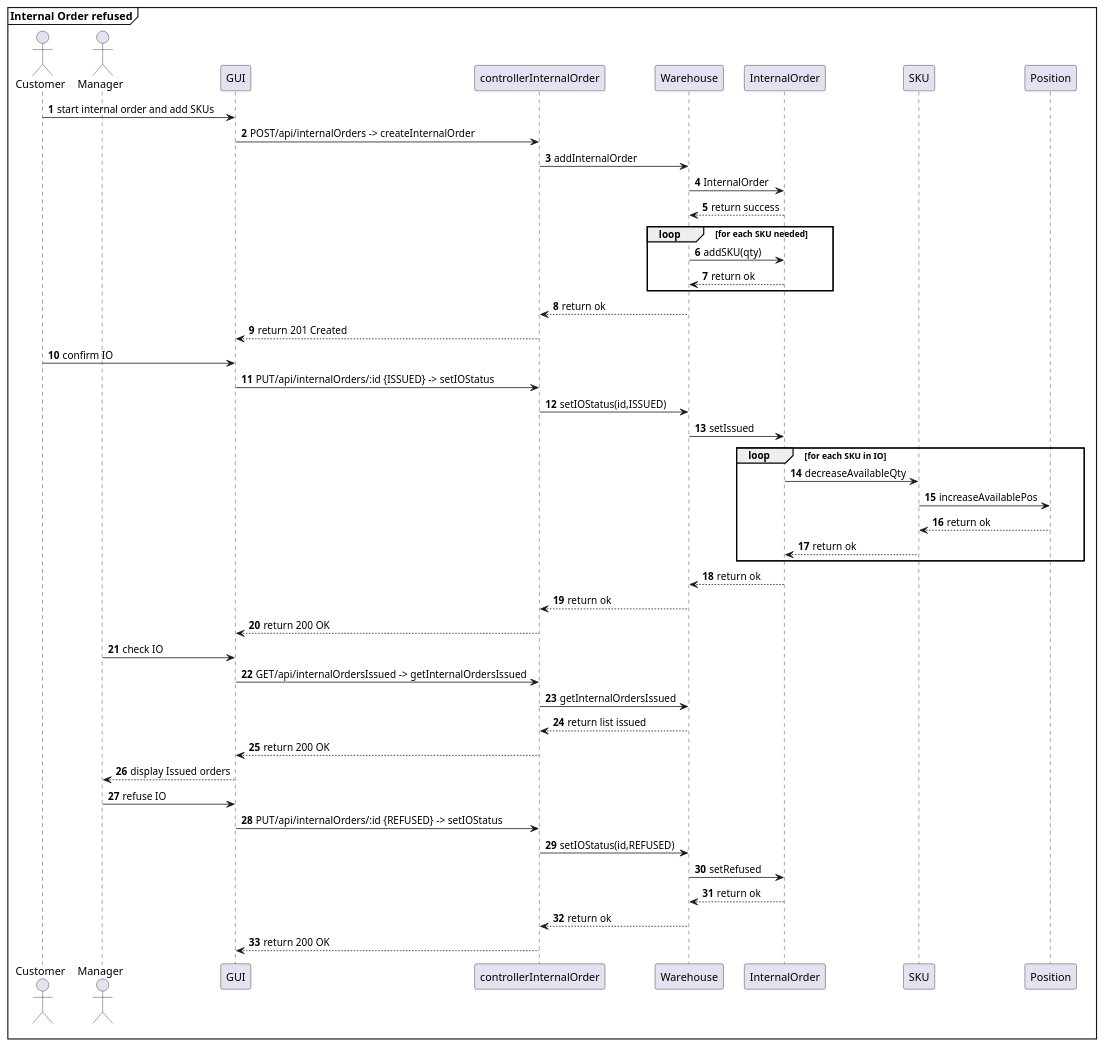
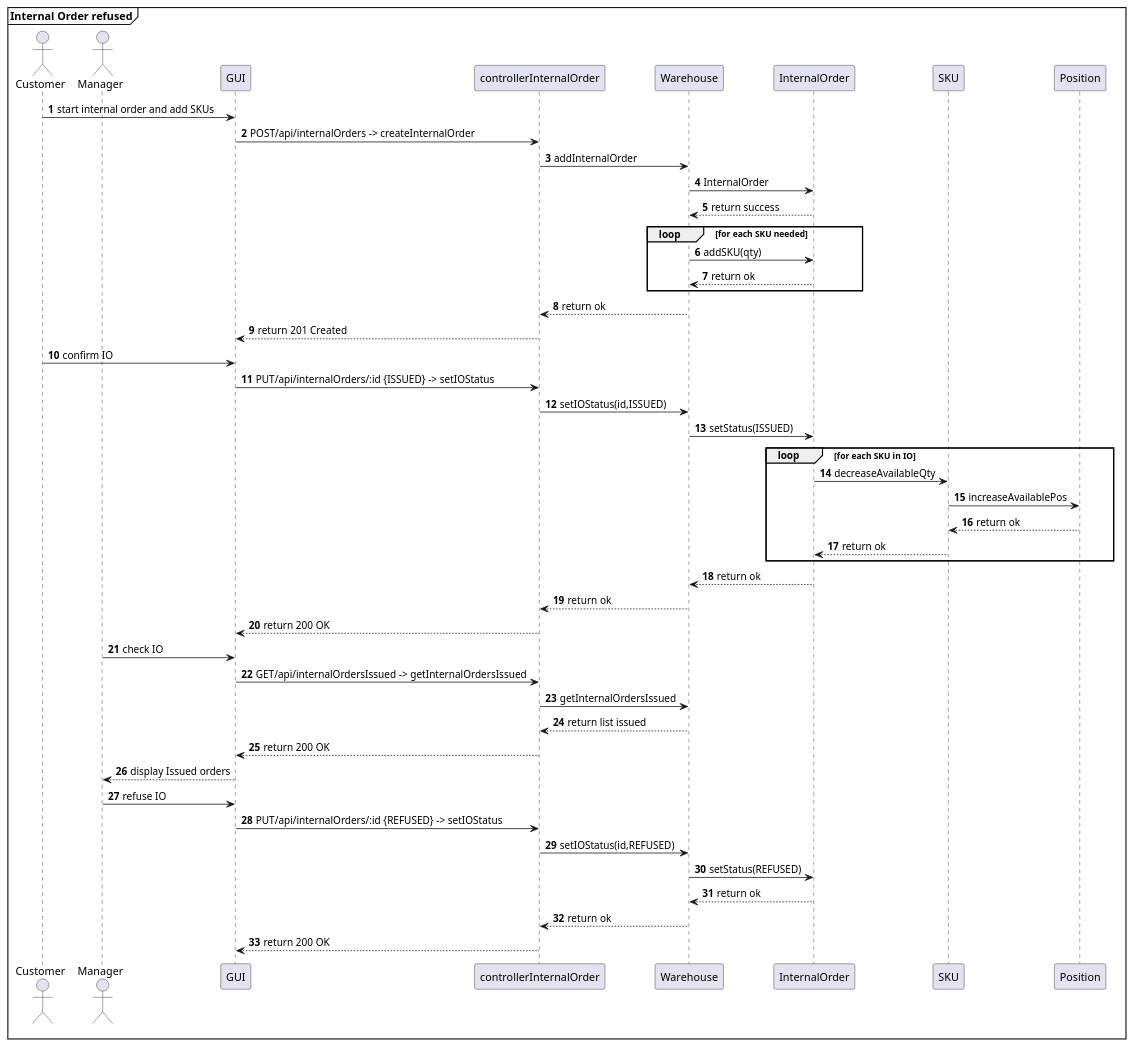
One commit to AlexZampa/EzWh changed diagram 23 of 30 in DesignDocument.md. Above: the diagram before and after it, drawn with PlantUML. The commit also changed other lines of this file, not shown here.

````diff
--- a/DesignDocument.md
+++ b/DesignDocument.md
@@ -1234,54 +1235,54 @@
 ```plantuml
 @startuml
 mainframe **Internal Order refused**
 actor Customer
 actor Manager
 participant GUI
 participant controllerInternalOrder
 participant Warehouse
 participant InternalOrder
 participant SKU
 
 autonumber
 Customer -> GUI : start internal order and add SKUs
 GUI -> controllerInternalOrder : POST/api/internalOrders -> createInternalOrder 
 controllerInternalOrder -> Warehouse : addInternalOrder
 Warehouse -> InternalOrder : InternalOrder
 Warehouse <-- InternalOrder : return success
 loop for each SKU needed
   Warehouse -> InternalOrder : addSKU(qty)
   Warehouse <-- InternalOrder : return ok
 end loop
 controllerInternalOrder <-- Warehouse : return ok
 GUI <-- controllerInternalOrder : return 201 Created
 
 Customer -> GUI : confirm IO
 GUI -> controllerInternalOrder : PUT/api/internalOrders/:id {ISSUED} -> setIOStatus
 controllerInternalOrder -> Warehouse : setIOStatus(id,ISSUED)
-Warehouse -> InternalOrder : setIssued
+Warehouse -> InternalOrder : setStatus(ISSUED)
 loop for each SKU in IO
   InternalOrder -> SKU : decreaseAvailableQty
   SKU -> Position : increaseAvailablePos
   SKU <-- Position : return ok
   InternalOrder <-- SKU : return ok
 end loop
 Warehouse <-- InternalOrder : return ok
 controllerInternalOrder <-- Warehouse : return ok
 GUI <-- controllerInternalOrder : return 200 OK
 
 Manager -> GUI : check IO
 GUI -> controllerInternalOrder : GET/api/internalOrdersIssued -> getInternalOrdersIssued
 controllerInternalOrder -> Warehouse : getInternalOrdersIssued
 controllerInternalOrder <-- Warehouse : return list issued
 GUI <-- controllerInternalOrder : return 200 OK
 Manager <-- GUI : display Issued orders
 
 Manager -> GUI : refuse IO
 GUI -> controllerInternalOrder : PUT/api/internalOrders/:id {REFUSED} -> setIOStatus
 controllerInternalOrder -> Warehouse : setIOStatus(id,REFUSED)
-Warehouse -> InternalOrder : setRefused
+Warehouse -> InternalOrder : setStatus(REFUSED)
 Warehouse <-- InternalOrder : return ok
 controllerInternalOrder <-- Warehouse : return ok
 GUI <-- controllerInternalOrder : return 200 OK
 @enduml
 ```
````
